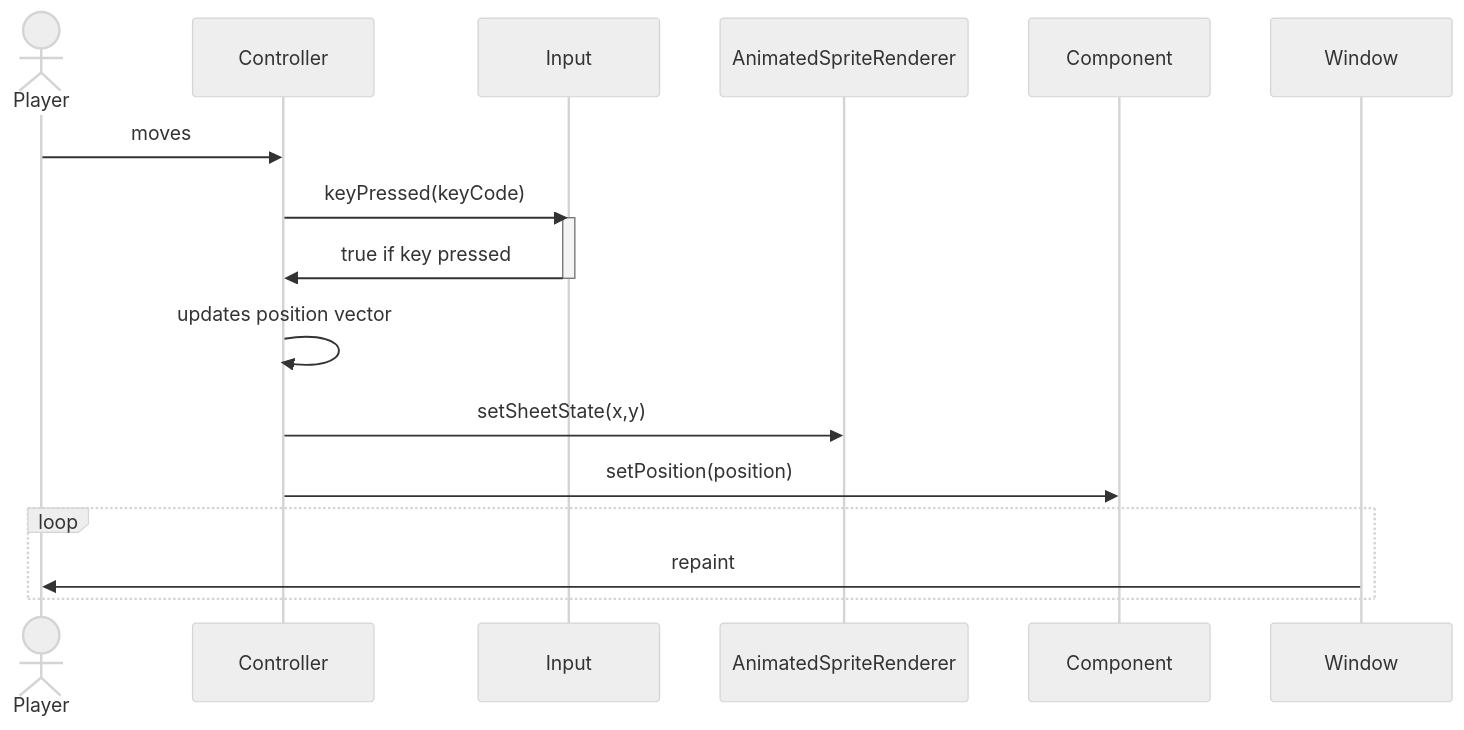
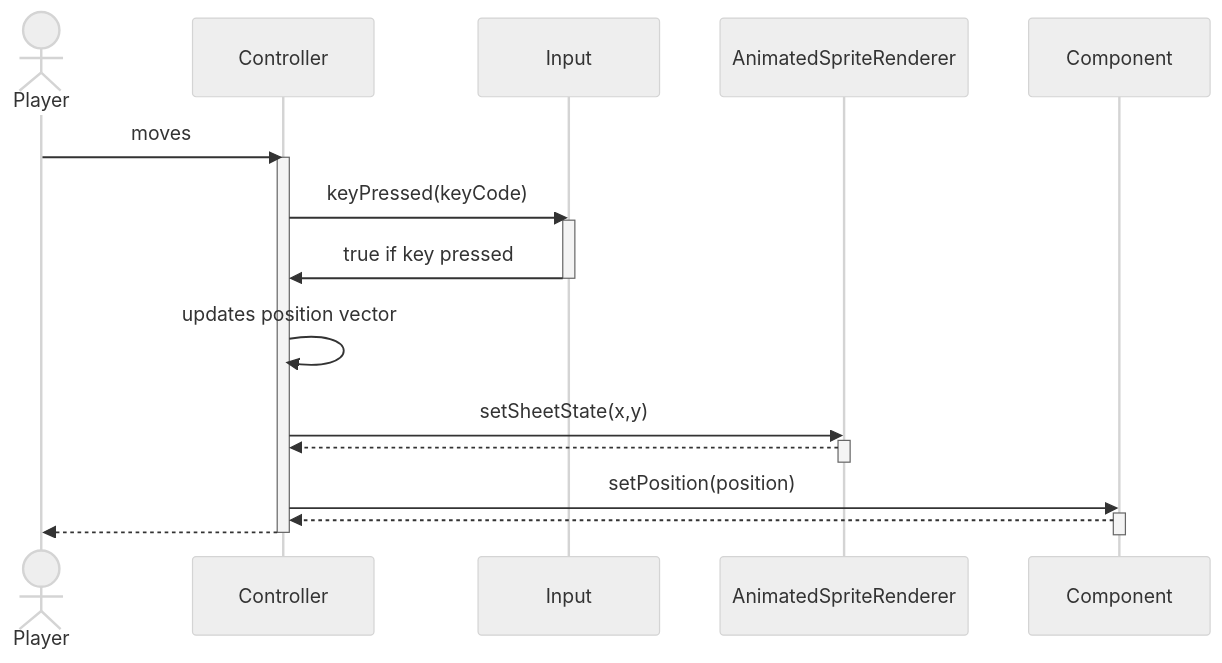
One commit to Rimaro03/docs-exam-slayer changed the second of 3 diagrams in docs/design/sequence_diagrams.md. Above: the diagram before and after it, drawn with Mermaid (neutral theme). The commit also changed other lines of this file, not shown here.

Commit message:
added shooting sequence diagram

````diff
--- a/docs/design/sequence_diagrams.md
+++ b/docs/design/sequence_diagrams.md
@@ -37,15 +37,21 @@
 ```mermaid
 sequenceDiagram
   Actor Player
   Player ->> Controller: moves
-  Controller ->> Input: keyPressed(keyCode)
-  activate Input
-  Input ->> Controller: true if key pressed
-  deactivate Input
-  Controller ->> Controller: updates position vector
-  Controller ->> AnimatedSpriteRenderer: setSheetState(x,y)
-  Controller ->> Component: setPosition(position)
-  loop
-    Window ->> Player: repaint
-  end
+  activate Controller
+    Controller ->> Input: keyPressed(keyCode)
+    activate Input
+    Input ->> Controller: true if key pressed
+    deactivate Input
+    Controller ->> Controller: updates position vector
+    Controller ->> AnimatedSpriteRenderer: setSheetState(x,y)
+    activate AnimatedSpriteRenderer
+      AnimatedSpriteRenderer -->> Controller: 
+    deactivate AnimatedSpriteRenderer
+    Controller ->> Component: setPosition(position)
+    activate Component
+      Component -->> Controller: 
+    deactivate Component
+    Controller -->> Player: 
+  deactivate Controller
 ```
````
